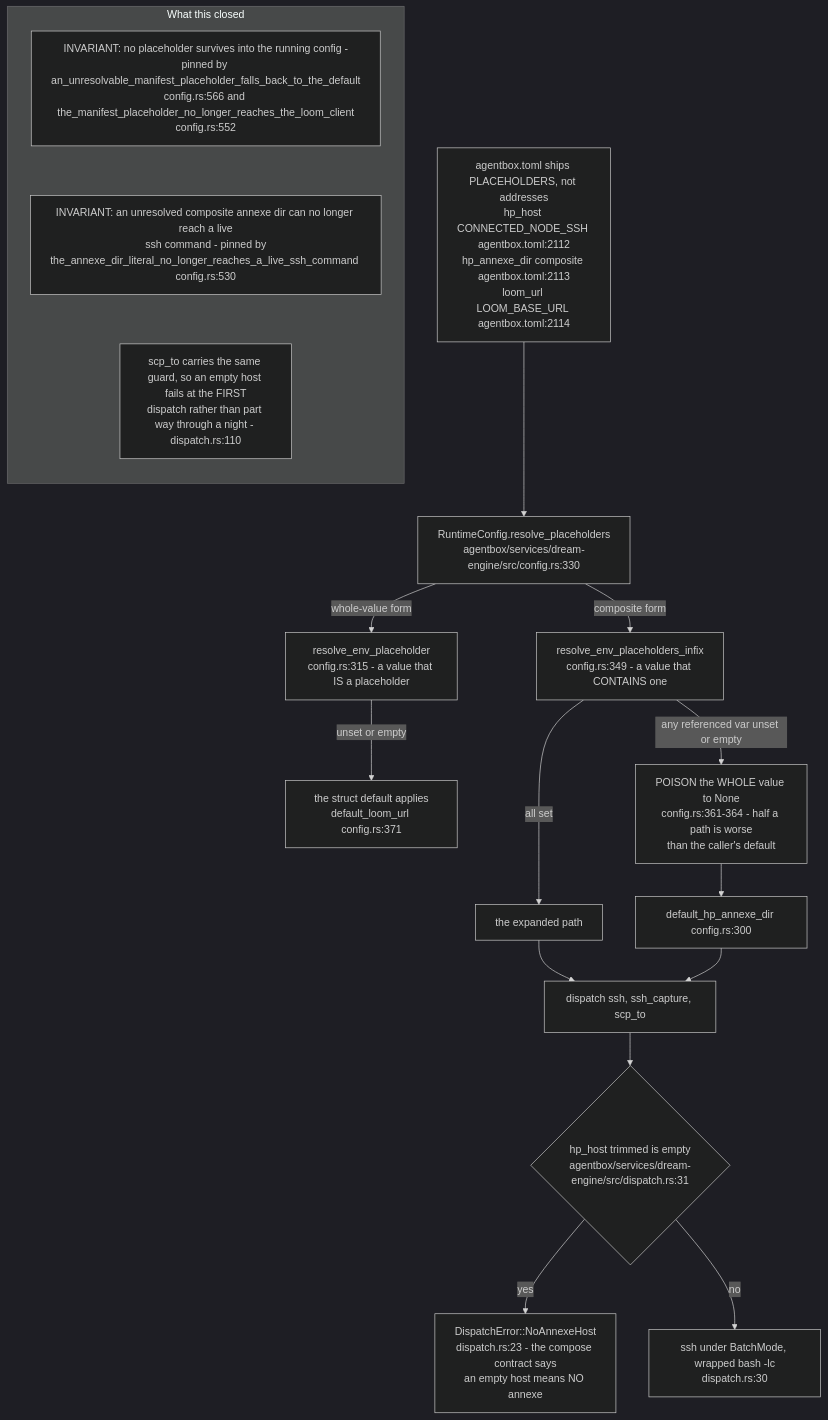
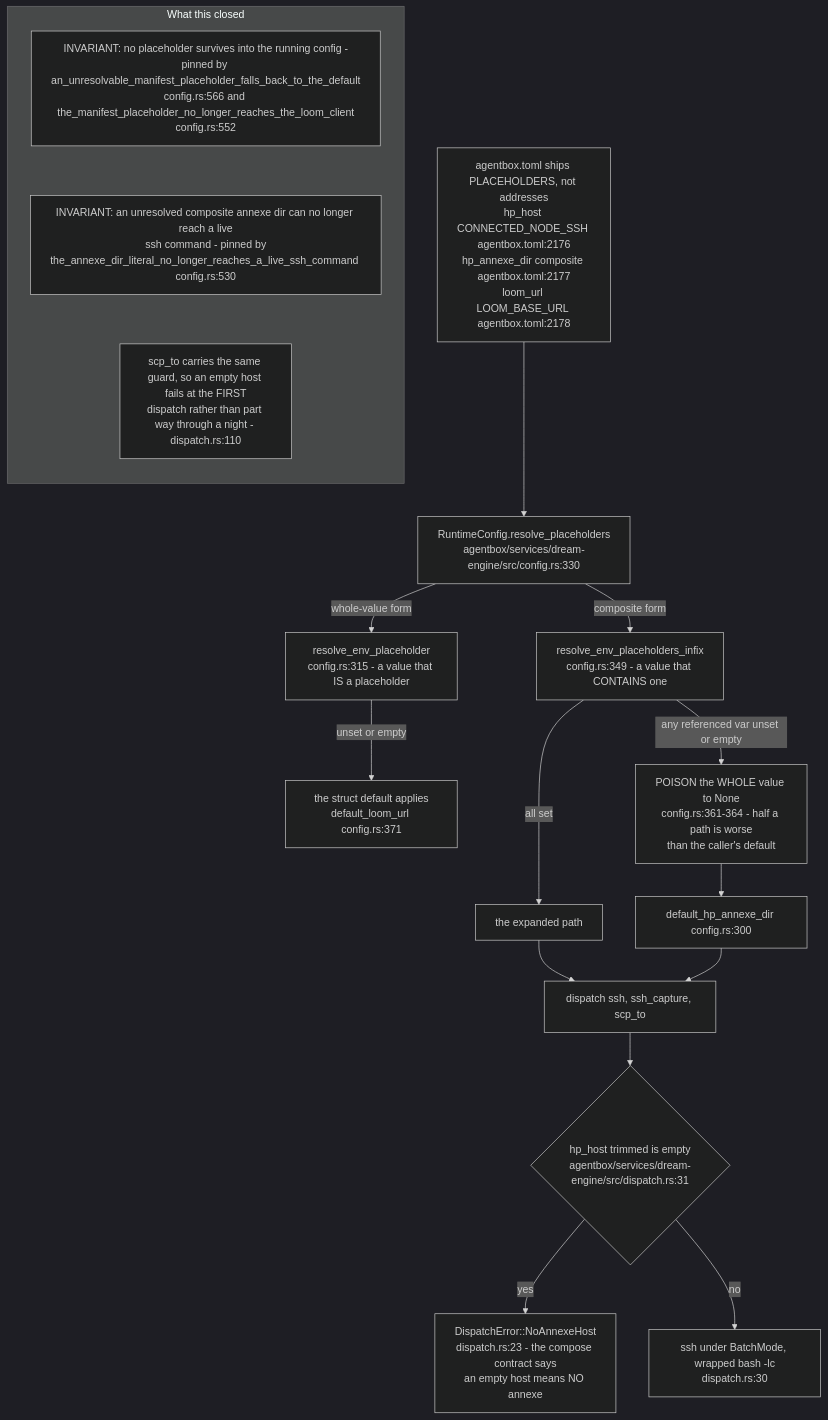
Before and after one commit to DreamLab-AI/VisionFlow: diagram 16 of 20 in docs/diagrams/agentbox/23-dream-engine.md, drawn with Mermaid (dark theme). The commit also changed other lines of this file and 14 other files, not shown here.

First line of the commit message:
docs(diagrams): custody role isolation — new AB-36, re-stamp 11 topics at the custody integration head

````diff
--- a/docs/diagrams/agentbox/23-dream-engine.md
+++ b/docs/diagrams/agentbox/23-dream-engine.md
@@ -826,23 +831,23 @@
 ```mermaid
 flowchart TB
-    TOML["agentbox.toml ships PLACEHOLDERS, not addresses<br/>hp_host CONNECTED_NODE_SSH agentbox.toml:2112<br/>hp_annexe_dir composite agentbox.toml:2113<br/>loom_url LOOM_BASE_URL agentbox.toml:2114"]
+    TOML["agentbox.toml ships PLACEHOLDERS, not addresses<br/>hp_host CONNECTED_NODE_SSH agentbox.toml:2176<br/>hp_annexe_dir composite agentbox.toml:2177<br/>loom_url LOOM_BASE_URL agentbox.toml:2178"]
     TOML --> RP["RuntimeConfig.resolve_placeholders<br/>agentbox/services/dream-engine/src/config.rs:330"]
     RP -->|"whole-value form"| W["resolve_env_placeholder<br/>config.rs:315 - a value that IS a placeholder"]
     RP -->|"composite form"| I["resolve_env_placeholders_infix<br/>config.rs:349 - a value that CONTAINS one"]
     W -->|"unset or empty"| D1["the struct default applies<br/>default_loom_url config.rs:371"]
     I -->|"any referenced var unset or empty"| D2["POISON the WHOLE value to None<br/>config.rs:361-364 - half a path is worse<br/>than the caller's default"]
     D2 --> D3["default_hp_annexe_dir config.rs:300"]
     I -->|"all set"| OK["the expanded path"]
     OK --> DISP["dispatch ssh, ssh_capture, scp_to"]
     D3 --> DISP
     DISP --> GUARD{"hp_host trimmed is empty<br/>agentbox/services/dream-engine/src/dispatch.rs:31"}
     GUARD -->|"yes"| NAH["DispatchError::NoAnnexeHost<br/>dispatch.rs:23 - the compose contract says<br/>an empty host means NO annexe"]
     GUARD -->|"no"| SSH["ssh under BatchMode, wrapped bash -lc<br/>dispatch.rs:30"]
     subgraph notes["What this closed"]
         direction TB
         N1["INVARIANT: no placeholder survives into the running config -<br/>pinned by an_unresolvable_manifest_placeholder_falls_back_to_the_default<br/>config.rs:566 and the_manifest_placeholder_no_longer_reaches_the_loom_client<br/>config.rs:552"]
         N2["INVARIANT: an unresolved composite annexe dir can no longer reach a live<br/>ssh command - pinned by<br/>the_annexe_dir_literal_no_longer_reaches_a_live_ssh_command config.rs:530"]
         N3["scp_to carries the same guard, so an empty host fails at the FIRST<br/>dispatch rather than part way through a night - dispatch.rs:110"]
         N1 ~~~ N2 ~~~ N3
     end
 ```
````
